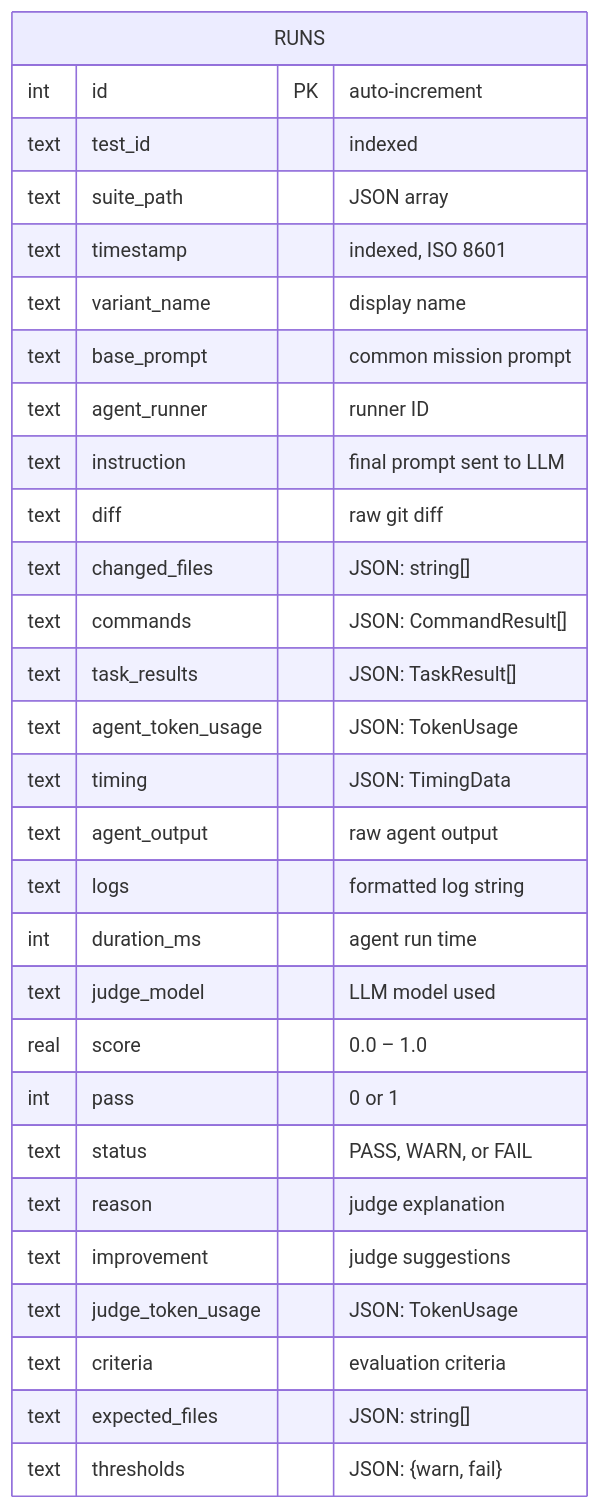
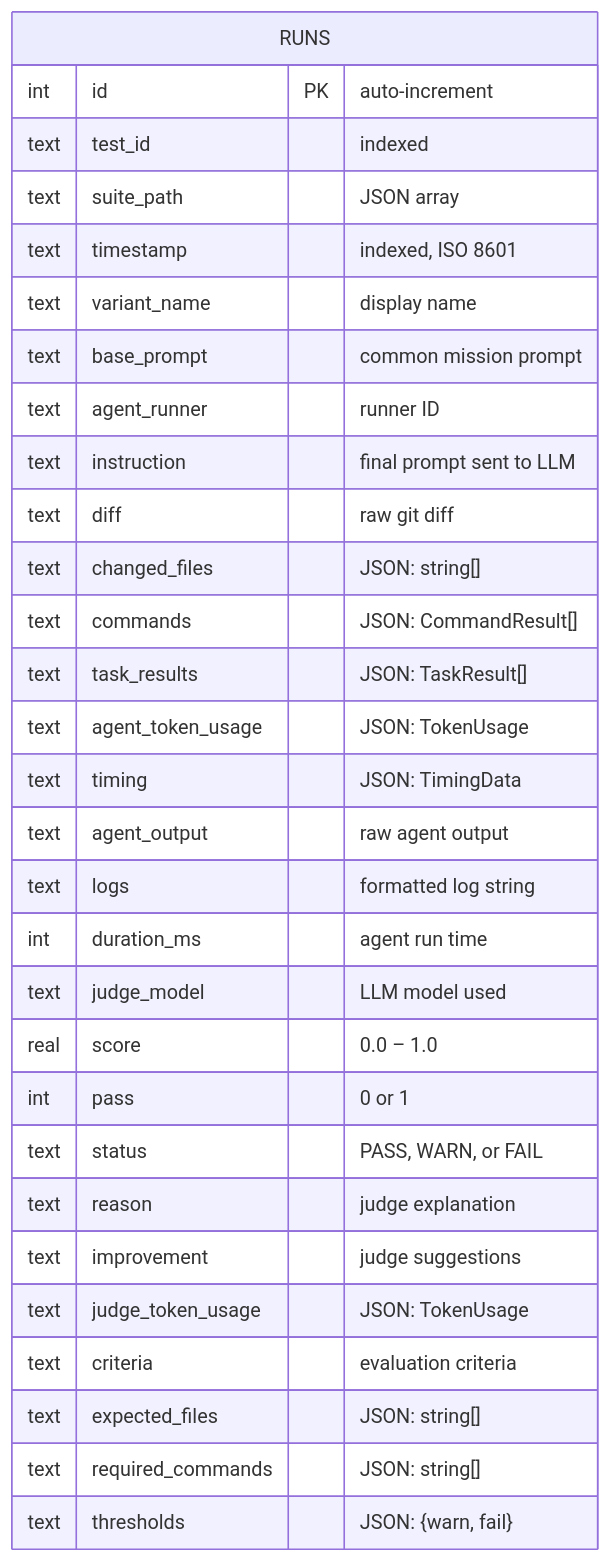
Before and after one commit to Tlahey/agent-eval: the diagram in apps/docs/api/ledger.md, drawn with Mermaid. The commit also changed 15 other files, not shown here.

````diff
--- a/apps/docs/api/ledger.md
+++ b/apps/docs/api/ledger.md
@@ -72,32 +72,33 @@
 ```mermaid
 erDiagram
     RUNS {
         int id PK "auto-increment"
         text test_id "indexed"
         text suite_path "JSON array"
         text timestamp "indexed, ISO 8601"
         text variant_name "display name"
         text base_prompt "common mission prompt"
         text agent_runner "runner ID"
         text instruction "final prompt sent to LLM"
         text diff "raw git diff"
         text changed_files "JSON: string[]"
         text commands "JSON: CommandResult[]"
         text task_results "JSON: TaskResult[]"
         text agent_token_usage "JSON: TokenUsage"
         text timing "JSON: TimingData"
         text agent_output "raw agent output"
         text logs "formatted log string"
         int duration_ms "agent run time"
         text judge_model "LLM model used"
         real score "0.0 – 1.0"
         int pass "0 or 1"
         text status "PASS, WARN, or FAIL"
         text reason "judge explanation"
         text improvement "judge suggestions"
         text judge_token_usage "JSON: TokenUsage"
         text criteria "evaluation criteria"
         text expected_files "JSON: string[]"
+        text required_commands "JSON: string[]"
         text thresholds "JSON: {warn, fail}"
     }
 ```
````
